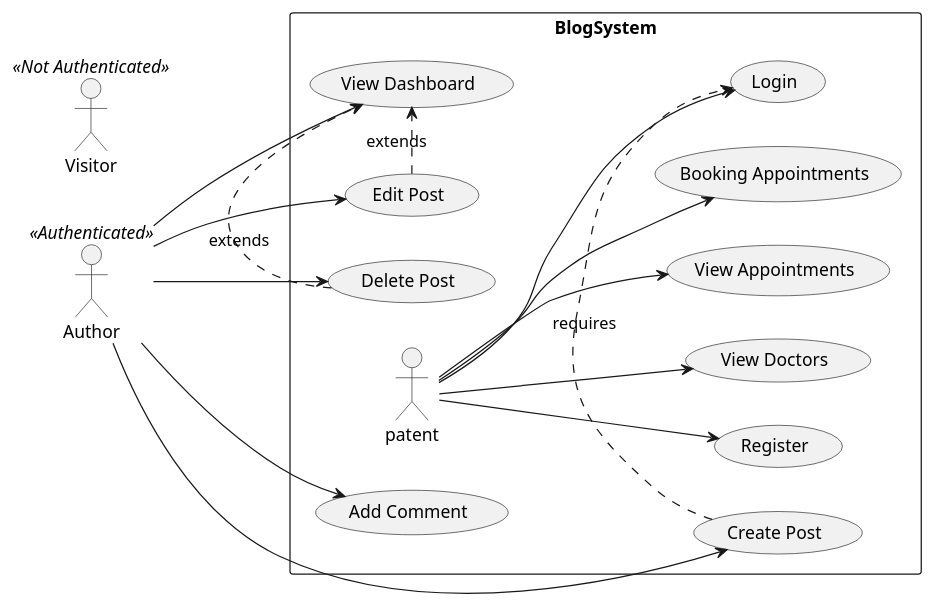
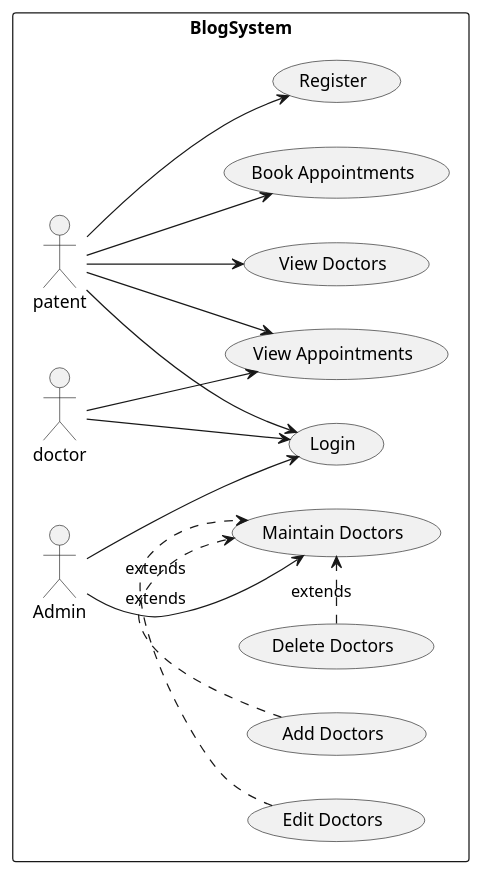
Before and after one commit to 5asul/booking-system-backend: the diagram in UML/UseCase.puml, drawn with PlantUML. The commit also changed 29 other files, not shown here.

```diff
--- a/UML/UseCase.puml
+++ b/UML/UseCase.puml
@@ -1,23 +1,24 @@
 @startuml
 left to right direction
-actor Visitor <<Not Authenticated>>
-actor Author <<Authenticated>>
+
 
 rectangle BlogSystem {
+
+  patent --> (View Doctors)
+  patent --> (View Appointments)
+  patent --> (Book Appointments)
   patent --> (Register)
   patent --> (Login)
-  patent --> (View Doctors)
-  patent --> (View Appointments)
-  patent --> (Booking Appointments)
   
-  Author --> (Create Post)
-  Author --> (Edit Post)
-  Author --> (Delete Post)
-  Author --> (Add Comment)
-  Author --> (View Dashboard)
+  doctor --> (Login)
+  doctor --> (View Appointments)
   
-  (Create Post) .> (Login) : requires
-  (Edit Post) .> (View Dashboard) : extends
-  (Delete Post) .> (View Dashboard) : extends
+  Admin --> (Login)
+  Admin --> (Maintain Doctors)
+  
+  (Add Doctors) .> (Maintain Doctors) : extends
+  (Edit Doctors) .> (Maintain Doctors) : extends
+  (Delete Doctors) .> (Maintain Doctors) : extends
+  
 }
 @enduml
```
